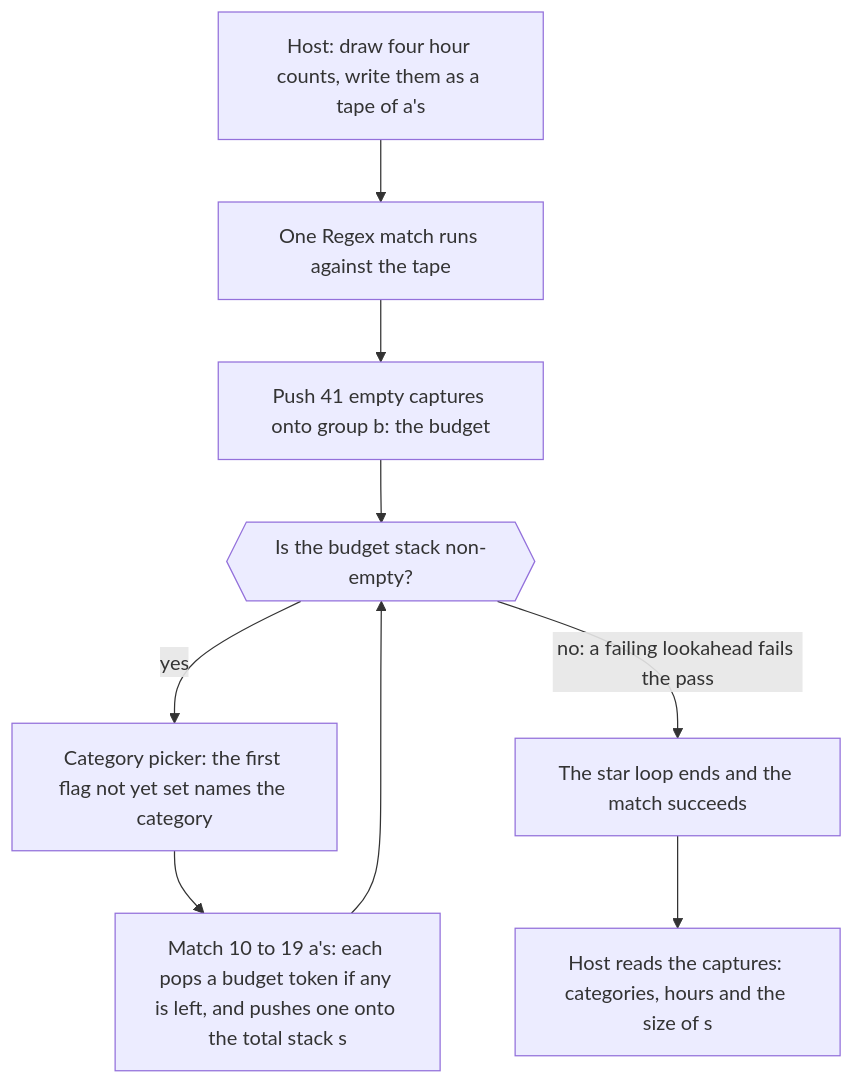
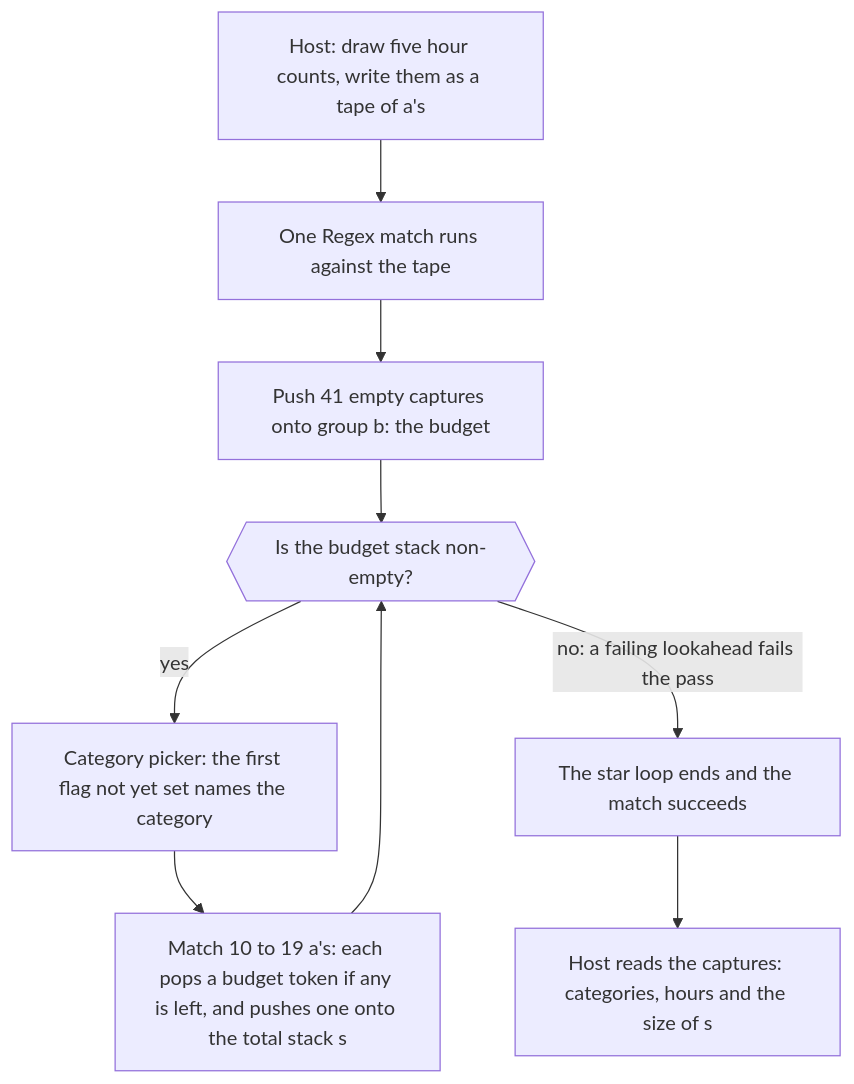
One commit to dullroar/code-challenge changed the first of 5 diagrams in lessons/languages/regex.md. Above: the diagram before and after it, drawn with Mermaid. The commit also changed other lines of this file and 64 other files, not shown here.

````diff
--- a/lessons/languages/regex.md
+++ b/lessons/languages/regex.md
@@ -126,13 +126,13 @@
 ```mermaid
 flowchart TD
     accTitle: regex-dotnet: balancing groups as a budget stack
-    accDescr: A flowchart. The host draws four hour counts and writes them as a tape of letters a, one per hour. It runs one regex match. The pattern first pushes 41 empty captures onto the stack of group b, which is the budget. Each pass of the star loop first checks whether the budget stack is non-empty. If it is, a chain of conditional flag groups picks the next category. Then 10 to 19 letters a are matched, and each one pops a budget token, if any is left, and pushes a token onto the running total stack. When the budget is empty, a failing lookahead fails the pass and the loop ends. The host then reads out the categories, the hours and the size of the total stack.
-    A["Host: draw four hour counts, write them as a tape of a's"] --> B["One Regex match runs against the tape"]
+    accDescr: A flowchart. The host draws five hour counts and writes them as a tape of letters a, one per hour. It runs one regex match. The pattern first pushes 41 empty captures onto the stack of group b, which is the budget. Each pass of the star loop first checks whether the budget stack is non-empty. If it is, a chain of conditional flag groups picks the next category. Then 10 to 19 letters a are matched, and each one pops a budget token, if any is left, and pushes a token onto the running total stack. When the budget is empty, a failing lookahead fails the pass and the loop ends. The host then reads out the categories, the hours and the size of the total stack.
+    A["Host: draw five hour counts, write them as a tape of a's"] --> B["One Regex match runs against the tape"]
     B --> C["Push 41 empty captures onto group b: the budget"]
     C --> D{{"Is the budget stack non-empty?"}}
     D -->|yes| E["Category picker: the first flag not yet set names the category"]
     E --> F["Match 10 to 19 a's: each pops a budget token if any is left, and pushes one onto the total stack s"]
     F --> D
     D -->|"no: a failing lookahead fails the pass"| G["The star loop ends and the match succeeds"]
     G --> H["Host reads the captures: categories, hours and the size of s"]
 ```
````
